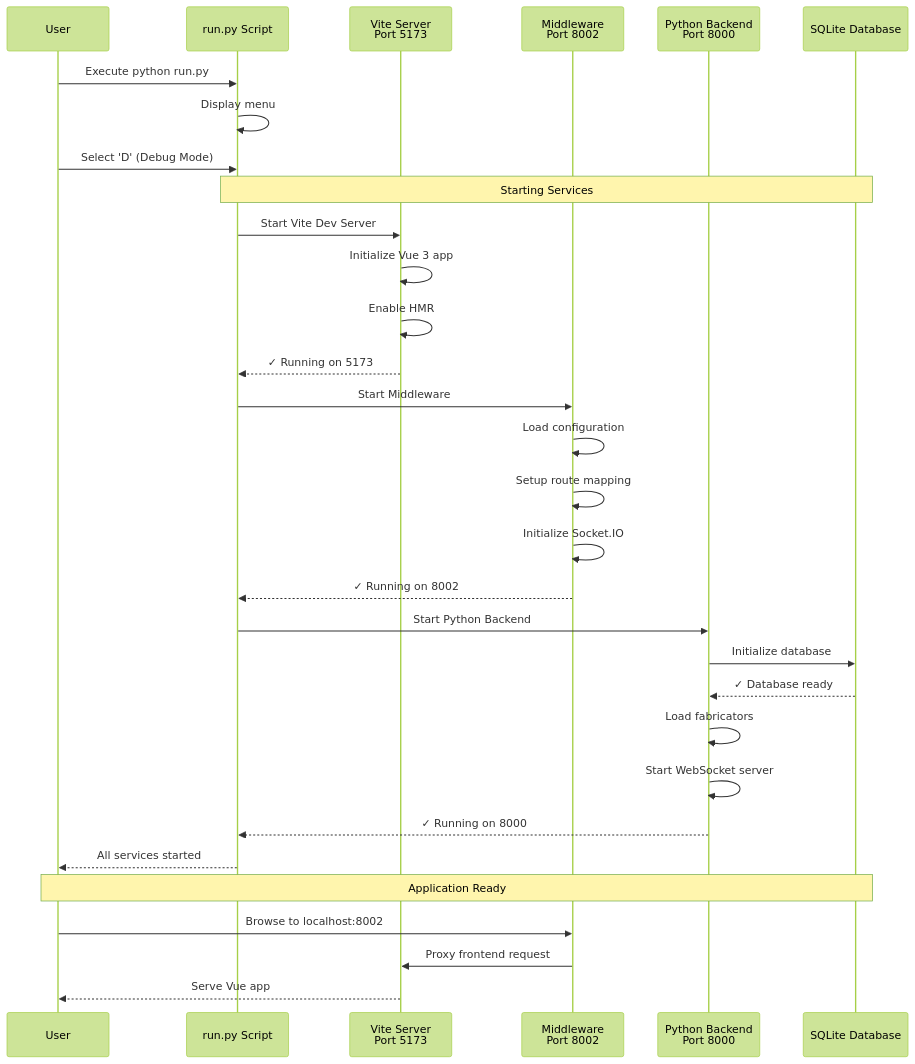
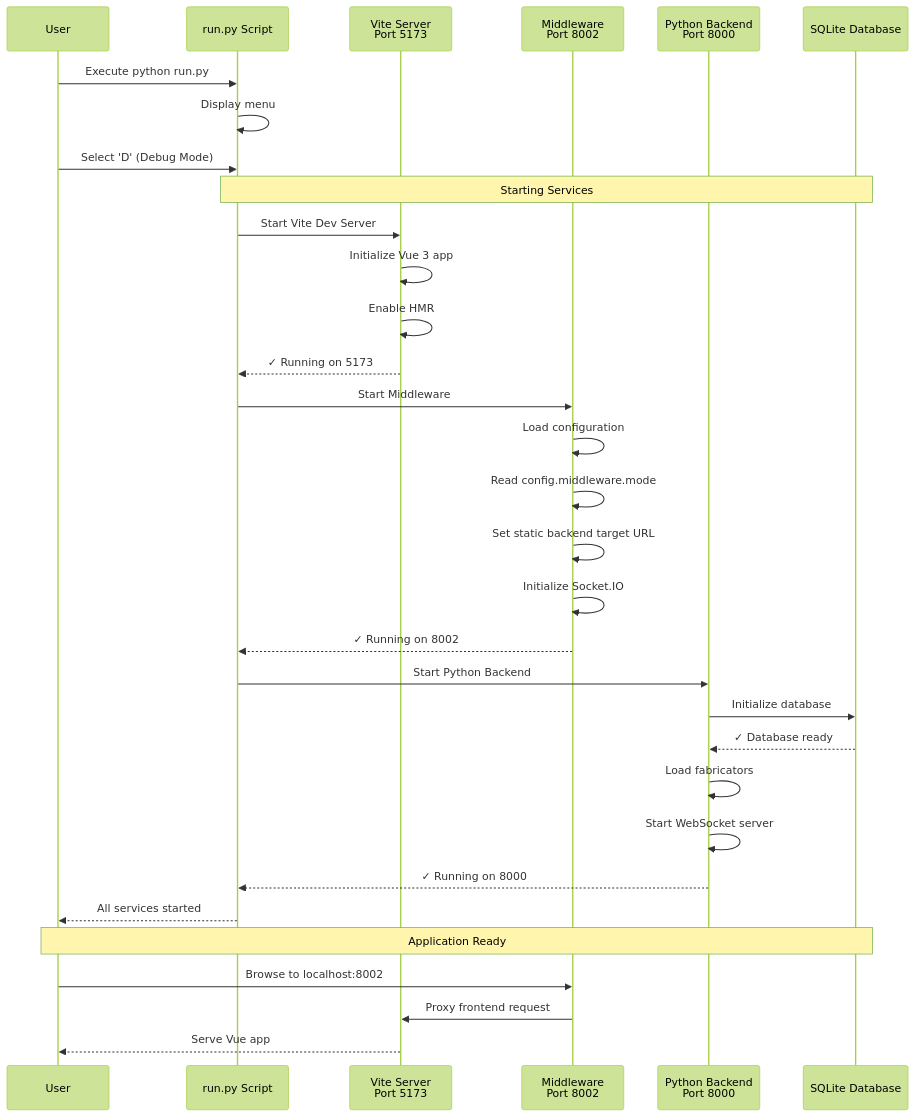
The diagram in docs/Onboarding.md (sunyhydralab/QView3D), drawn with Mermaid (forest theme) before and after one commit. The commit also changed other lines of this file and 1 other file, not shown here.

Commit message:
docs: update documentation formatting in mermaid diagrams

````diff
--- a/docs/Onboarding.md
+++ b/docs/Onboarding.md
@@ -99,40 +99,41 @@
 ```mermaid
 sequenceDiagram
     participant U as User
     participant S as run.py Script
     participant V as Vite Server<br/>Port 5173
     participant M as Middleware<br/>Port 8002
     participant P as Python Backend<br/>Port 8000
     participant DB as SQLite Database
 
     U->>S: Execute python run.py
     S->>S: Display menu
     U->>S: Select 'D' (Debug Mode)
 
     Note over S,DB: Starting Services
 
     S->>V: Start Vite Dev Server
     V->>V: Initialize Vue 3 app
     V->>V: Enable HMR
     V-->>S: ✓ Running on 5173
 
     S->>M: Start Middleware
     M->>M: Load configuration
-    M->>M: Setup route mapping
+    M->>M: Read config.middleware.mode
+    M->>M: Set static backend target URL
     M->>M: Initialize Socket.IO
     M-->>S: ✓ Running on 8002
 
     S->>P: Start Python Backend
     P->>DB: Initialize database
     DB-->>P: ✓ Database ready
     P->>P: Load fabricators
     P->>P: Start WebSocket server
     P-->>S: ✓ Running on 8000
 
     S-->>U: All services started
 
     Note over U,DB: Application Ready
     U->>M: Browse to localhost:8002
     M->>V: Proxy frontend request
     V-->>U: Serve Vue app
 ```
````
